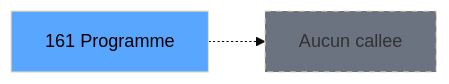
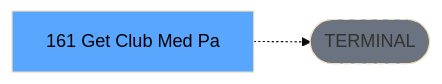
One commit to thonyAGP/lecteur-magic changed the third of 3 diagrams in .openspec/specs/ADH-IDE-161.md. Above: the diagram before and after it, drawn with Mermaid (base theme). The commit also changed other lines of this file and 701 other files, not shown here.

````diff
--- a/.openspec/specs/ADH-IDE-161.md
+++ b/.openspec/specs/ADH-IDE-161.md
@@ -124,8 +134,8 @@
 ```mermaid
 graph LR
-    T[161 Programme]
-    NONE[Aucun callee]
-    T -.-> NONE
+    T[161 Get Club Med Pa]
+    TERM([TERMINAL])
+    T -.-> TERM
+    style TERM fill:#6b7280,stroke-dasharray: 5 5
     style T fill:#58a6ff,color:#000
-    style NONE fill:#6b7280,stroke-dasharray: 5 5
 ```
````
